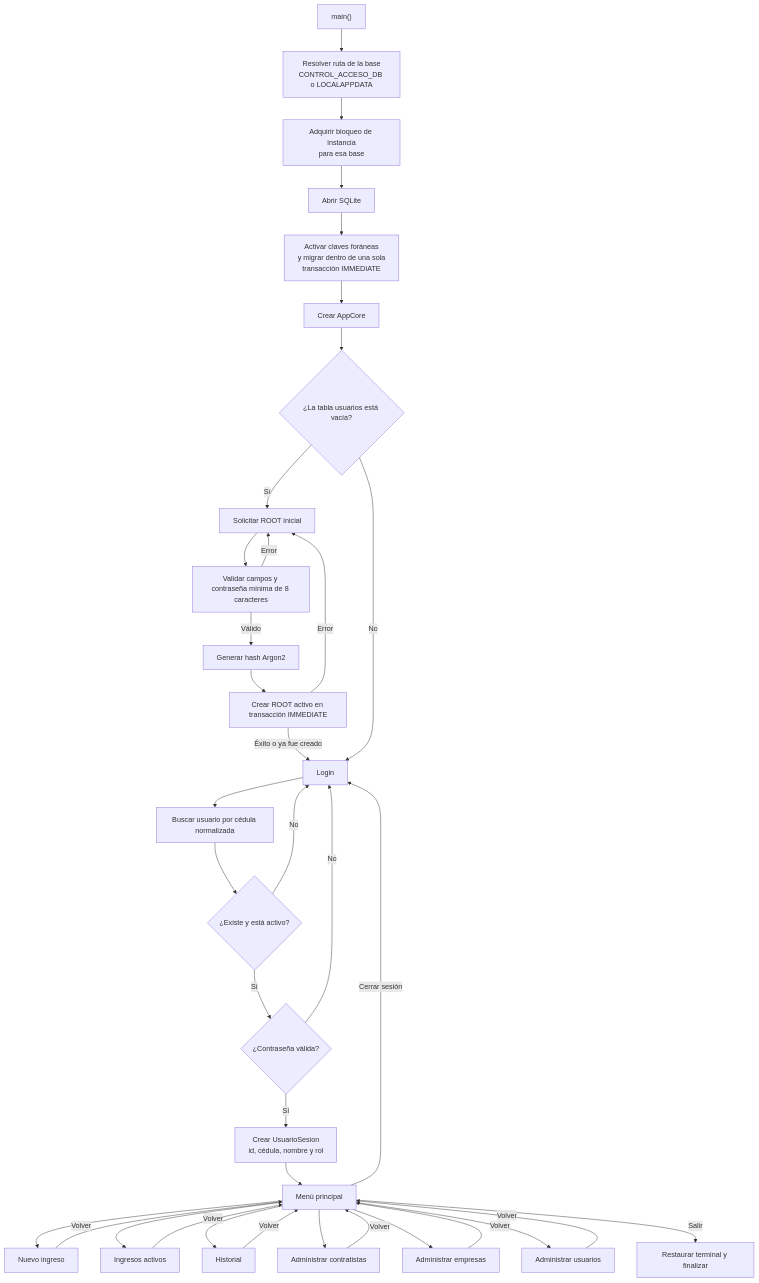
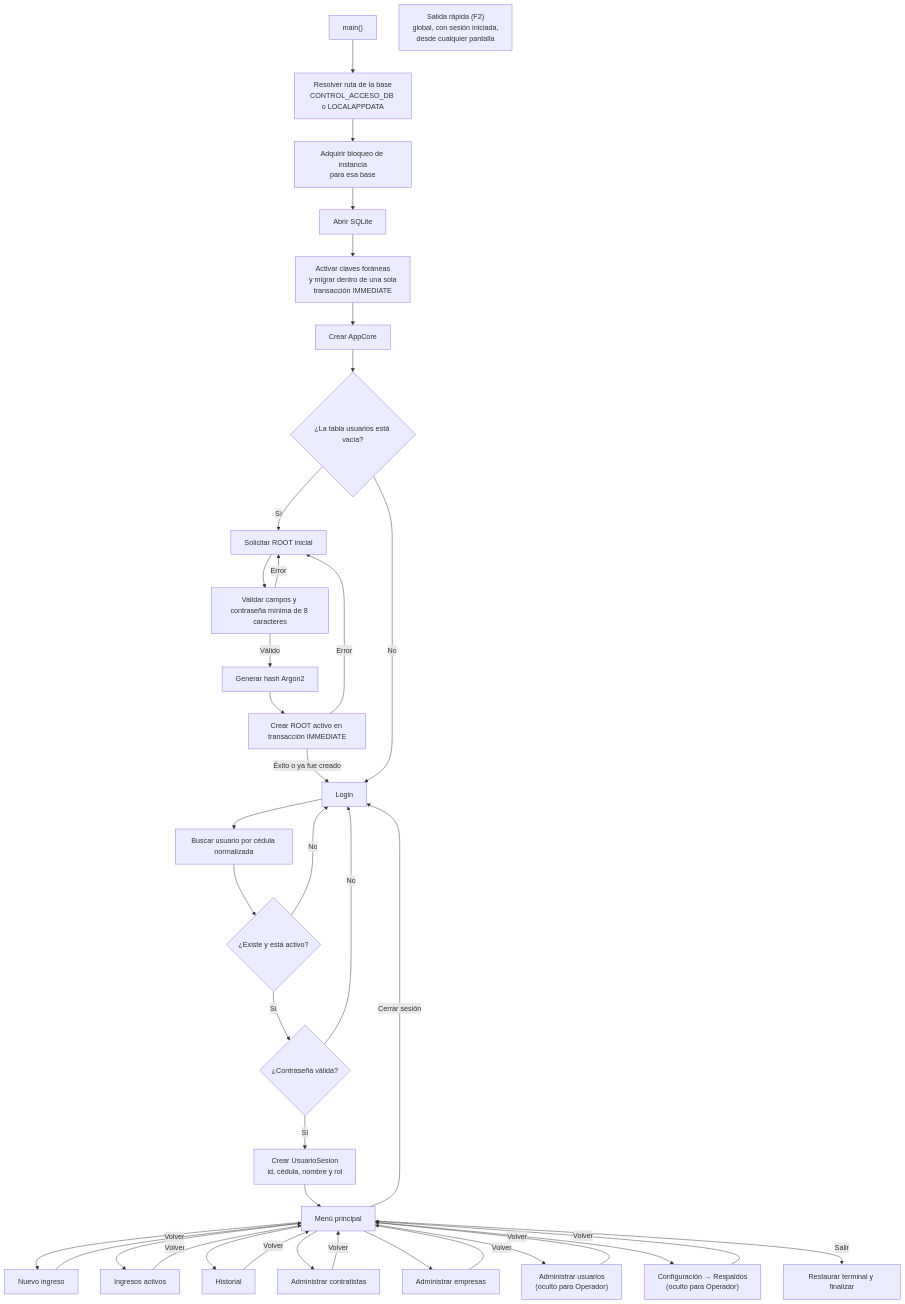
One commit to DQM27/acceso_CLI changed the second of 7 diagrams in docs/diagrama-logico.md. Above: the diagram before and after it, drawn with Mermaid. The commit also changed other lines of this file and 1 other file, not shown here.

First line of the commit message:
Agrega checklist de hallazgos de la auditoria de logica y corrige diagrama-logico.md

````diff
--- a/docs/diagrama-logico.md
+++ b/docs/diagrama-logico.md
@@ -46,42 +46,46 @@
 ```mermaid
 flowchart TD
     A["main()"] --> B["Resolver ruta de la base<br/>CONTROL_ACCESO_DB o LOCALAPPDATA"]
     B --> BL["Adquirir bloqueo de instancia<br/>para esa base"]
     BL --> C["Abrir SQLite"]
     C --> D["Activar claves foráneas<br/>y migrar dentro de una sola<br/>transacción IMMEDIATE"]
     D --> E["Crear AppCore"]
     E --> F{"¿La tabla usuarios está vacía?"}
 
     F -->|Sí| G["Solicitar ROOT inicial"]
     G --> H["Validar campos y contraseña mínima de 8 caracteres"]
     H -->|Error| G
     H -->|Válido| I["Generar hash Argon2"]
     I --> J["Crear ROOT activo en transacción IMMEDIATE"]
     J -->|Error| G
     J -->|Éxito o ya fue creado| L["Login"]
 
     F -->|No| L
     L --> M["Buscar usuario por cédula normalizada"]
     M --> N{"¿Existe y está activo?"}
     N -->|No| L
     N -->|Sí| O{"¿Contraseña válida?"}
     O -->|No| L
     O -->|Sí| P["Crear UsuarioSesion<br/>id, cédula, nombre y rol"]
     P --> Q["Menú principal"]
 
     Q --> R["Nuevo ingreso"]
     Q --> S["Ingresos activos"]
     Q --> T["Historial"]
     Q --> V["Administrar contratistas"]
     Q --> W["Administrar empresas"]
-    Q --> X["Administrar usuarios"]
+    Q --> X["Administrar usuarios<br/>(oculto para Operador)"]
+    Q --> Y2["Configuración → Respaldos<br/>(oculto para Operador)"]
 
     R -->|Volver| Q
     S -->|Volver| Q
     T -->|Volver| Q
     V -->|Volver| Q
     W -->|Volver| Q
     X -->|Volver| Q
+    Y2 -->|Volver| Q
     Q -->|Cerrar sesión| L
     Q -->|Salir| Z["Restaurar terminal y finalizar"]
+
+    F2["Salida rápida (F2)<br/>global, con sesión iniciada,<br/>desde cualquier pantalla"]
 ```
````
